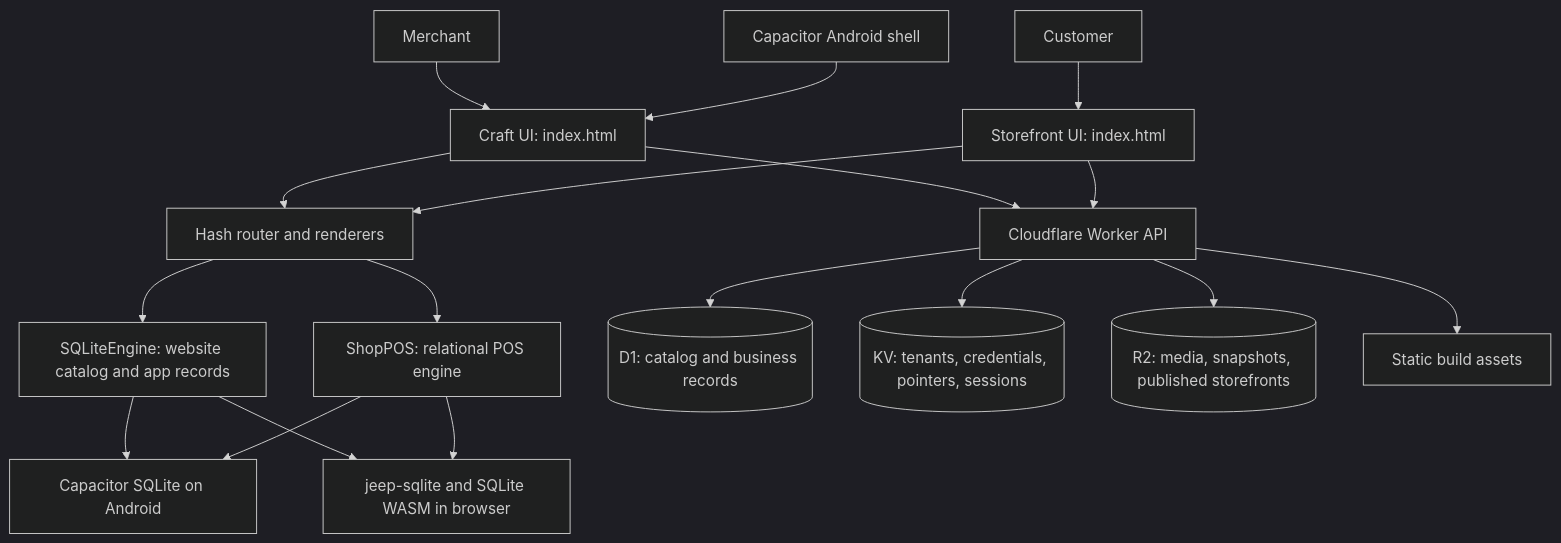
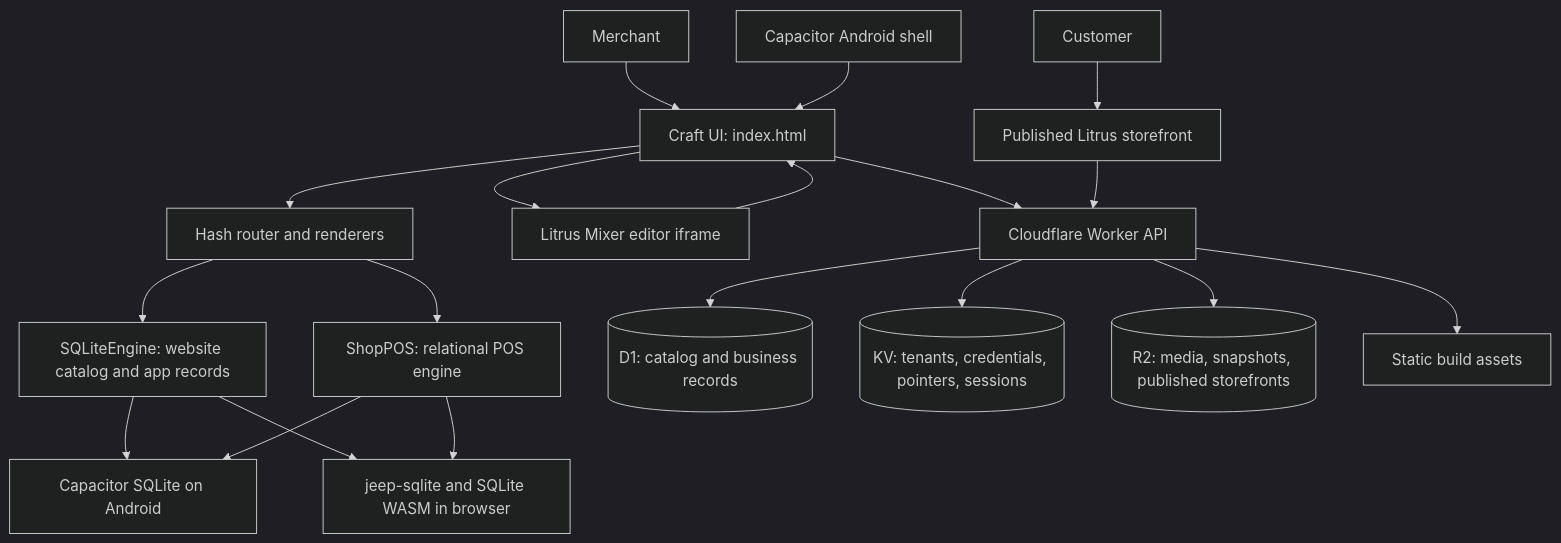
Before and after one commit to ryanrobin07ek-stack/esho: the diagram in APP_ARCHITECTURE.md, drawn with Mermaid (dark theme). The commit also changed other lines of this file and 64 other files, not shown here.

````diff
--- a/APP_ARCHITECTURE.md
+++ b/APP_ARCHITECTURE.md
@@ -29,20 +31,21 @@
 ```mermaid
 flowchart TD
   Owner[Merchant] --> UI[Craft UI: index.html]
-  Shopper[Customer] --> StoreUI[Storefront UI: index.html]
+  Shopper[Customer] --> StoreUI[Published Litrus storefront]
   UI --> Router[Hash router and renderers]
-  StoreUI --> Router
+  UI --> Litrus[Litrus Mixer editor iframe]
   Router --> Catalog[SQLiteEngine: website catalog and app records]
   Router --> POS[ShopPOS: relational POS engine]
   Catalog --> NativeDB[Capacitor SQLite on Android]
   Catalog --> BrowserDB[jeep-sqlite and SQLite WASM in browser]
   POS --> NativeDB
   POS --> BrowserDB
   UI --> Worker[Cloudflare Worker API]
+  Litrus --> UI
   StoreUI --> Worker
   Worker --> D1[(D1: catalog and business records)]
   Worker --> KV[(KV: tenants, credentials, pointers, sessions)]
   Worker --> R2[(R2: media, snapshots, published storefronts)]
   Worker --> Assets[Static build assets]
   Android[Capacitor Android shell] --> UI
 ```
````
